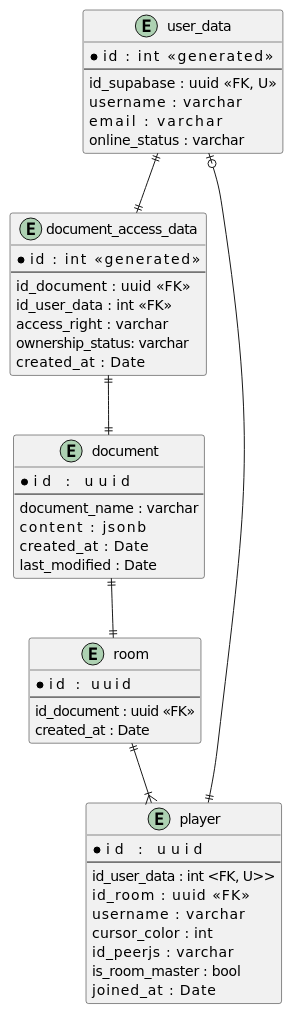
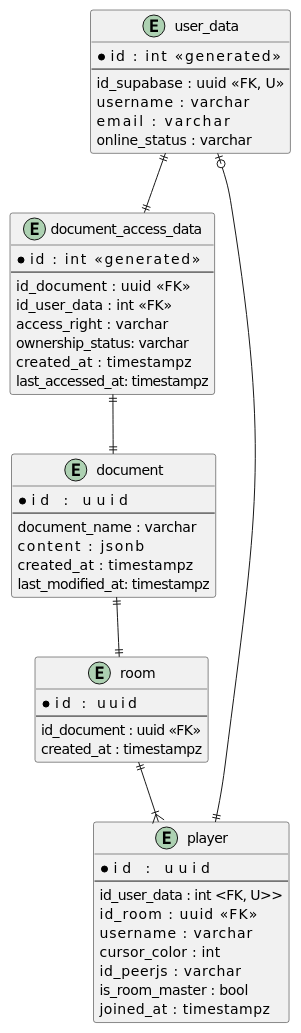
One commit to RayhanHamada/collabowrite changed the diagram in packages/uml-design/lib/erd.plantuml. Above: the diagram before and after it, drawn with PlantUML.

```diff
--- a/packages/uml-design/lib/erd.plantuml
+++ b/packages/uml-design/lib/erd.plantuml
@@ -1,57 +1,58 @@
 @startuml collabowrite_erd
 entity "user_data" as user_data {
     *id             : int <<generated>>
     --
     id_supabase     : uuid <<FK, U>>
     username        : varchar
     email           : varchar
     online_status   : varchar
 }
 
 entity "document_access_data" as document_access_data {
     *id             : int <<generated>>
     --
     id_document     : uuid <<FK>>
     id_user_data    : int <<FK>>
     access_right    : varchar
     ownership_status: varchar
-    created_at      : Date
+    created_at      : timestampz
+    last_accessed_at: timestampz
 }
 
 entity "document" as document {
     *id             : uuid
     --
     document_name   : varchar
     content         : jsonb
-    created_at      : Date
-    last_modified   : Date
+    created_at      : timestampz
+    last_modified_at: timestampz
 }
 
 entity "room" as room {
     *id         : uuid
     --
     id_document : uuid <<FK>>
-    created_at  : Date
+    created_at  : timestampz
 }
 
 entity "player" as player {
     *id             : uuid
     --
     id_user_data    : int <FK, U>>
     id_room         : uuid <<FK>>
     username        : varchar
     cursor_color    : int
     id_peerjs       : varchar
     is_room_master  : bool
-    joined_at       : Date
+    joined_at       : timestampz
 }
 
 
 user_data ||--|| document_access_data
 user_data |o--|| player
 document_access_data ||--|| document
 document ||--|| room
 room ||--|{ player
 
 
 @enduml
```
